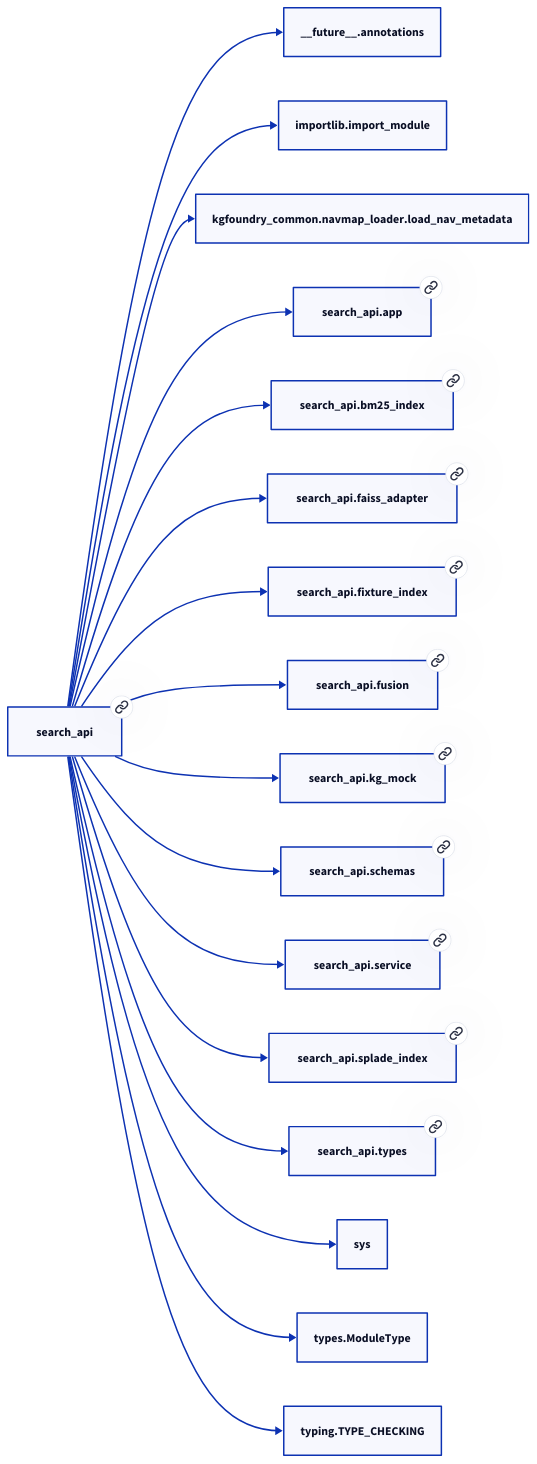
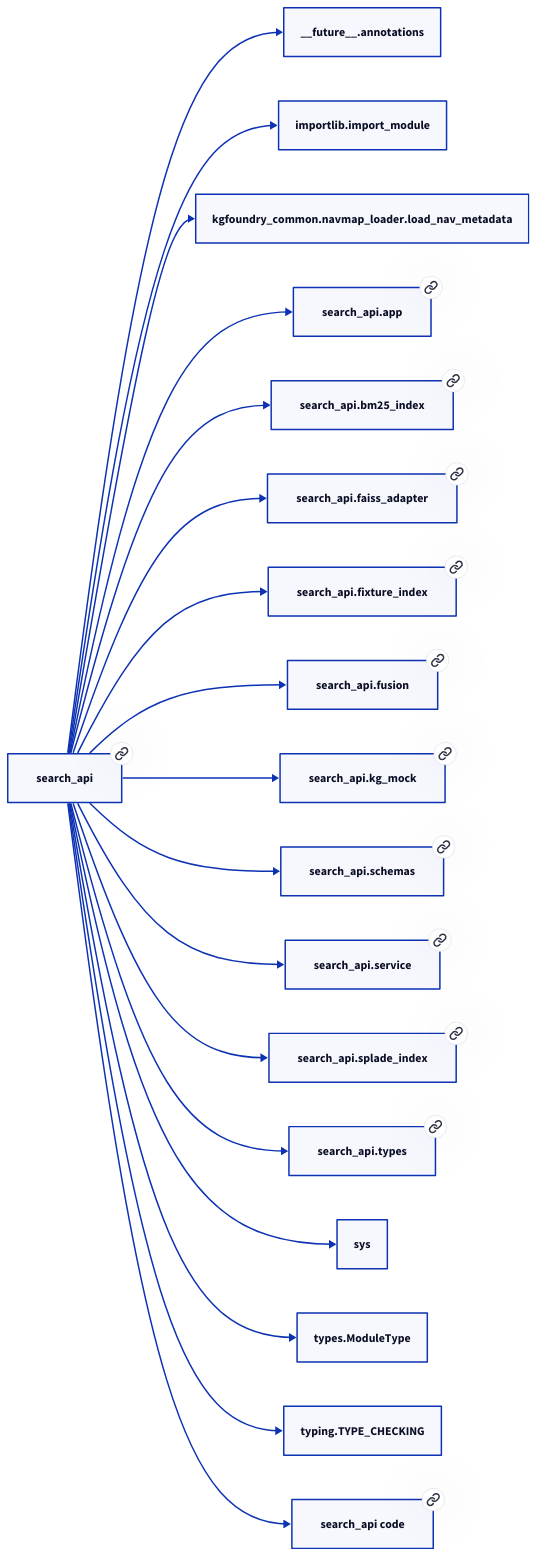
Before and after one commit to paul-heyse/kgforge: the diagram in docs/modules/search_api.md, drawn with D2. The commit also changed other lines of this file and 319 other files, not shown here.

````diff
--- a/docs/modules/search_api.md
+++ b/docs/modules/search_api.md
@@ -35,36 +37,38 @@
 ```d2
 direction: right
-"search_api": "search_api" { link: "search_api.md" }
+"search_api": "search_api" { link: "./search_api.md" }
 "__future__.annotations": "__future__.annotations"
 "search_api" -> "__future__.annotations"
 "importlib.import_module": "importlib.import_module"
 "search_api" -> "importlib.import_module"
 "kgfoundry_common.navmap_loader.load_nav_metadata": "kgfoundry_common.navmap_loader.load_nav_metadata"
 "search_api" -> "kgfoundry_common.navmap_loader.load_nav_metadata"
-"search_api.app": "search_api.app" { link: "search_api/app.md" }
+"search_api.app": "search_api.app" { link: "./search_api/app.md" }
 "search_api" -> "search_api.app"
-"search_api.bm25_index": "search_api.bm25_index" { link: "search_api/bm25_index.md" }
+"search_api.bm25_index": "search_api.bm25_index" { link: "./search_api/bm25_index.md" }
 "search_api" -> "search_api.bm25_index"
-"search_api.faiss_adapter": "search_api.faiss_adapter" { link: "search_api/faiss_adapter.md" }
+"search_api.faiss_adapter": "search_api.faiss_adapter" { link: "./search_api/faiss_adapter.md" }
 "search_api" -> "search_api.faiss_adapter"
-"search_api.fixture_index": "search_api.fixture_index" { link: "search_api/fixture_index.md" }
+"search_api.fixture_index": "search_api.fixture_index" { link: "./search_api/fixture_index.md" }
 "search_api" -> "search_api.fixture_index"
-"search_api.fusion": "search_api.fusion" { link: "search_api/fusion.md" }
+"search_api.fusion": "search_api.fusion" { link: "./search_api/fusion.md" }
 "search_api" -> "search_api.fusion"
-"search_api.kg_mock": "search_api.kg_mock" { link: "search_api/kg_mock.md" }
+"search_api.kg_mock": "search_api.kg_mock" { link: "./search_api/kg_mock.md" }
 "search_api" -> "search_api.kg_mock"
-"search_api.schemas": "search_api.schemas" { link: "search_api/schemas.md" }
+"search_api.schemas": "search_api.schemas" { link: "./search_api/schemas.md" }
 "search_api" -> "search_api.schemas"
-"search_api.service": "search_api.service" { link: "search_api/service.md" }
+"search_api.service": "search_api.service" { link: "./search_api/service.md" }
 "search_api" -> "search_api.service"
-"search_api.splade_index": "search_api.splade_index" { link: "search_api/splade_index.md" }
+"search_api.splade_index": "search_api.splade_index" { link: "./search_api/splade_index.md" }
 "search_api" -> "search_api.splade_index"
-"search_api.types": "search_api.types" { link: "search_api/types.md" }
+"search_api.types": "search_api.types" { link: "./search_api/types.md" }
 "search_api" -> "search_api.types"
 "sys": "sys"
 "search_api" -> "sys"
 "types.ModuleType": "types.ModuleType"
 "search_api" -> "types.ModuleType"
 "typing.TYPE_CHECKING": "typing.TYPE_CHECKING"
 "search_api" -> "typing.TYPE_CHECKING"
+"search_api_code": "search_api code" { link: "https://github.com/kgfoundry/kgfoundry/blob/main/src/search_api/__init__.py" }
+"search_api" -> "search_api_code" { style: dashed }
 ```
````
